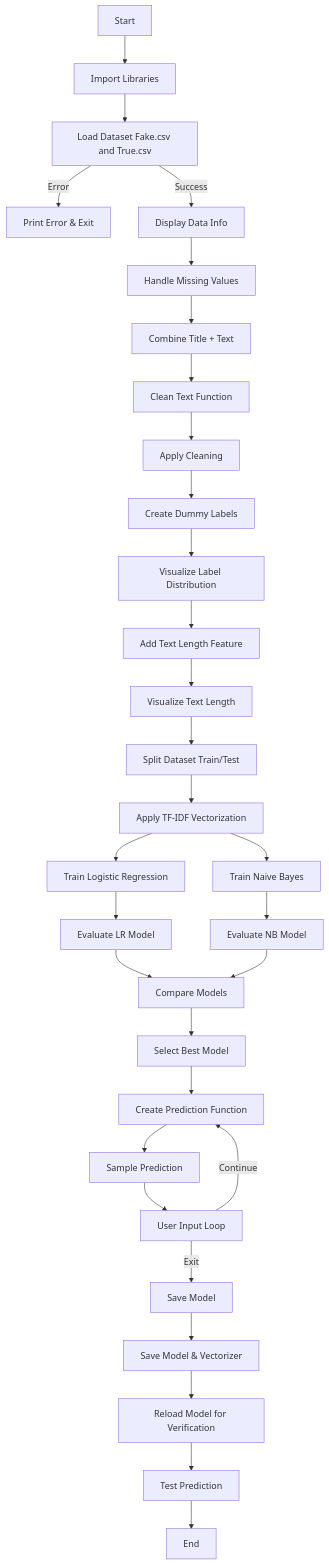
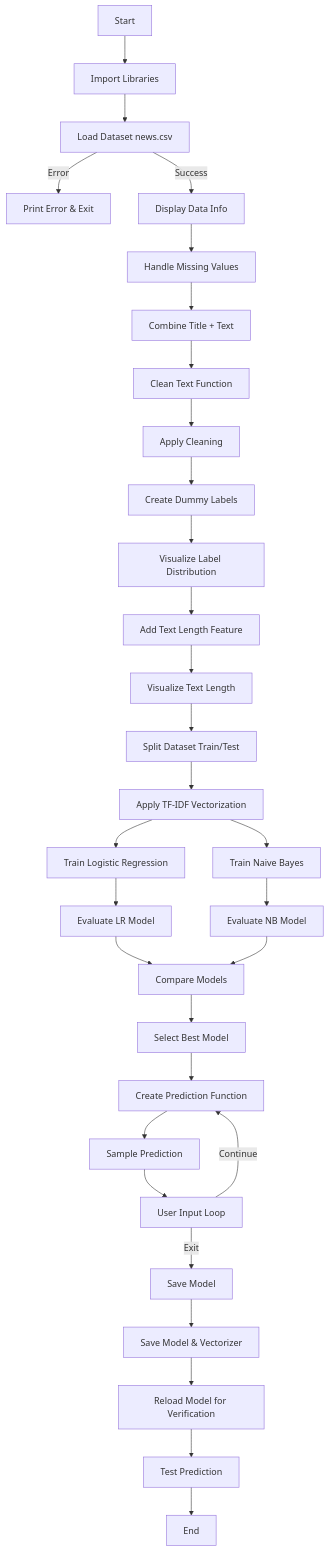
Before and after one commit to mohit25bai11342-gif/Fake-news-detection-system: the diagram in README.md, drawn with Mermaid. The commit also changed other lines of this file, not shown here.

````diff
--- a/README.md
+++ b/README.md
@@ -142,51 +142,51 @@
 ```mermaid
 flowchart TD
 
 A[Start] --> B[Import Libraries]
 
-B --> C[Load Dataset Fake.csv and True.csv]
+B --> C[Load Dataset news.csv]
 C -->|Error| D[Print Error & Exit]
 C -->|Success| E[Display Data Info]
 
 E --> F[Handle Missing Values]
 F --> G[Combine Title + Text]
 
 G --> H[Clean Text Function]
 H --> I[Apply Cleaning]
 
 I --> J[Create Dummy Labels]
 J --> K[Visualize Label Distribution]
 
 K --> L[Add Text Length Feature]
 L --> M[Visualize Text Length]
 
 M --> N[Split Dataset Train/Test]
 
 N --> O[Apply TF-IDF Vectorization]
 
 O --> P[Train Logistic Regression]
 P --> Q[Evaluate LR Model]
 
 O --> R[Train Naive Bayes]
 R --> S[Evaluate NB Model]
 
 Q --> T[Compare Models]
 S --> T
 
 T --> U[Select Best Model]
 
 U --> V[Create Prediction Function]
 
 V --> W[Sample Prediction]
 
 W --> X[User Input Loop]
 X -->|Exit| Y[Save Model]
 X -->|Continue| V
 
 Y --> Z[Save Model & Vectorizer]
 
 Z --> AA[Reload Model for Verification]
 AA --> AB[Test Prediction]
 
 AB --> AC[End]
 ```
````
